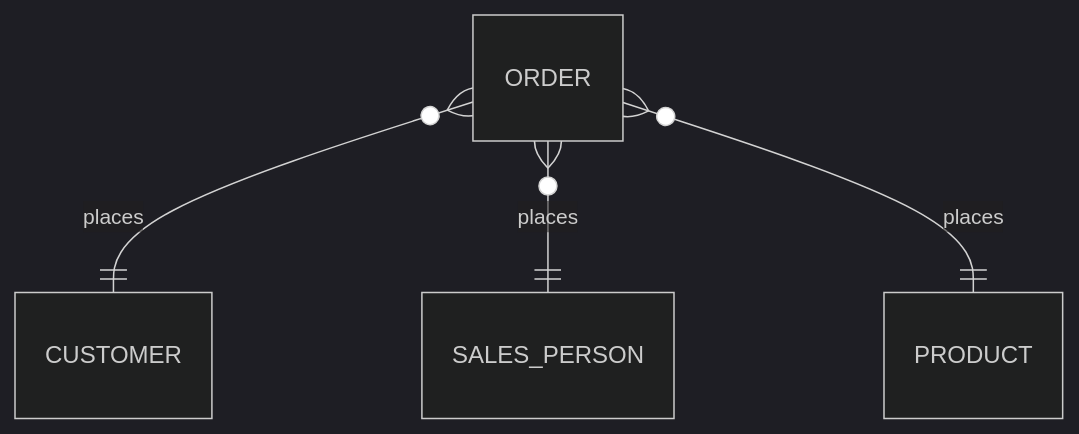
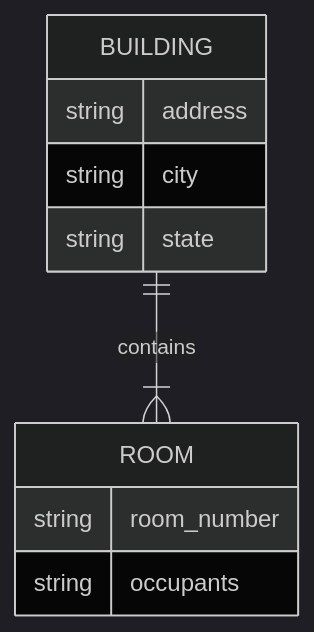
The second of 2 diagrams in hw2/README.qmd (cmsc-vcu/cmsc508-fa2023-hw2-camslam13), drawn with Mermaid (dark theme) before and after one commit. The commit also changed other lines of this file and 3 other files, not shown here.

````diff
--- a/hw2/README.qmd
+++ b/hw2/README.qmd
@@ -45,8 +46,17 @@
 ```{mermaid}
 %%| echo: true
 %%| eval: false
 erDiagram
-    ORDER }o--|| CUSTOMER : places
-    ORDER }o--|| SALES_PERSON : places
-    ORDER }o--|| PRODUCT : places
+BUILDING ||--|{ ROOM : contains
+
+BUILDING{
+  string address
+  string city
+  string state
+}
+
+ROOM {
+  string room_number
+  string occupants
+}
 ```
````
